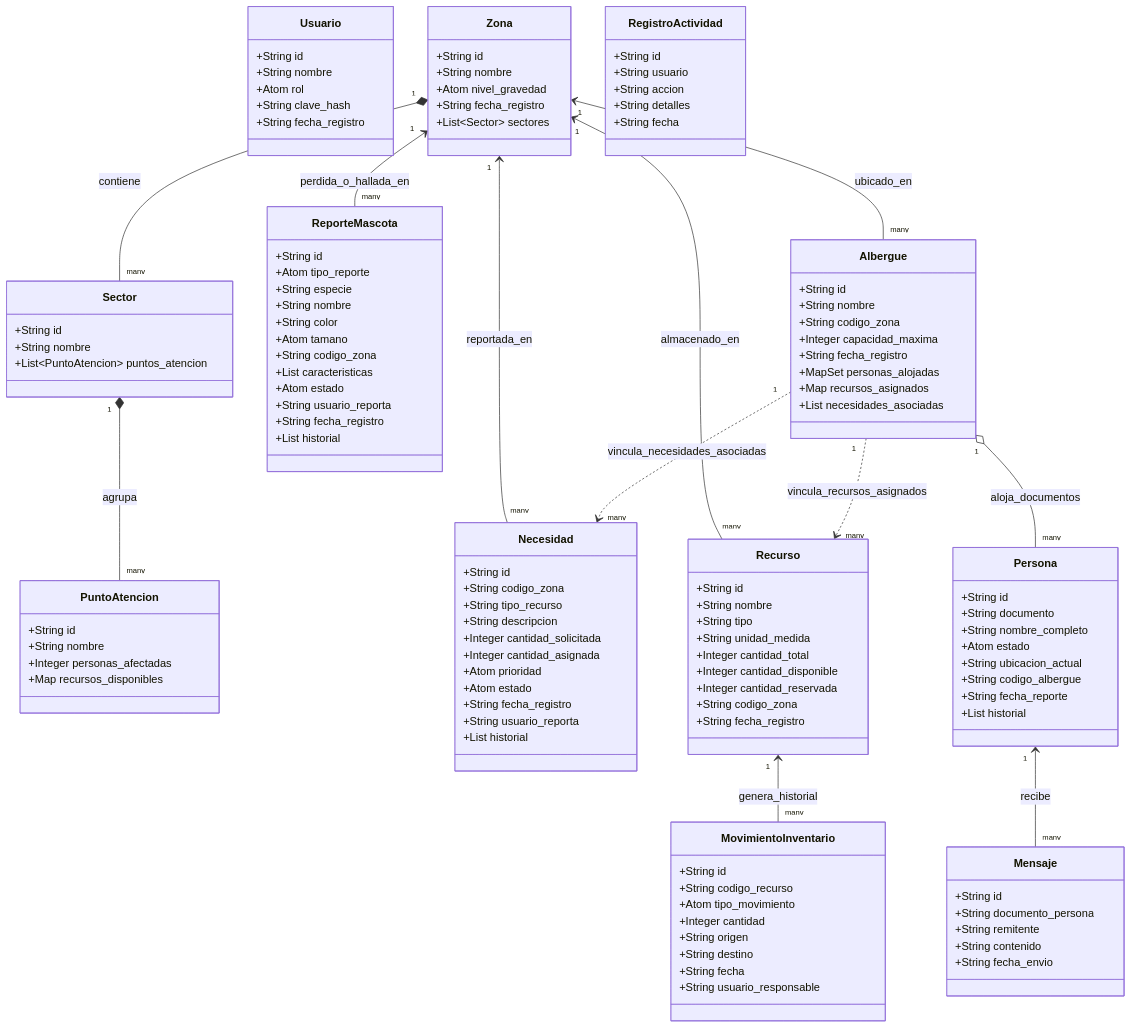
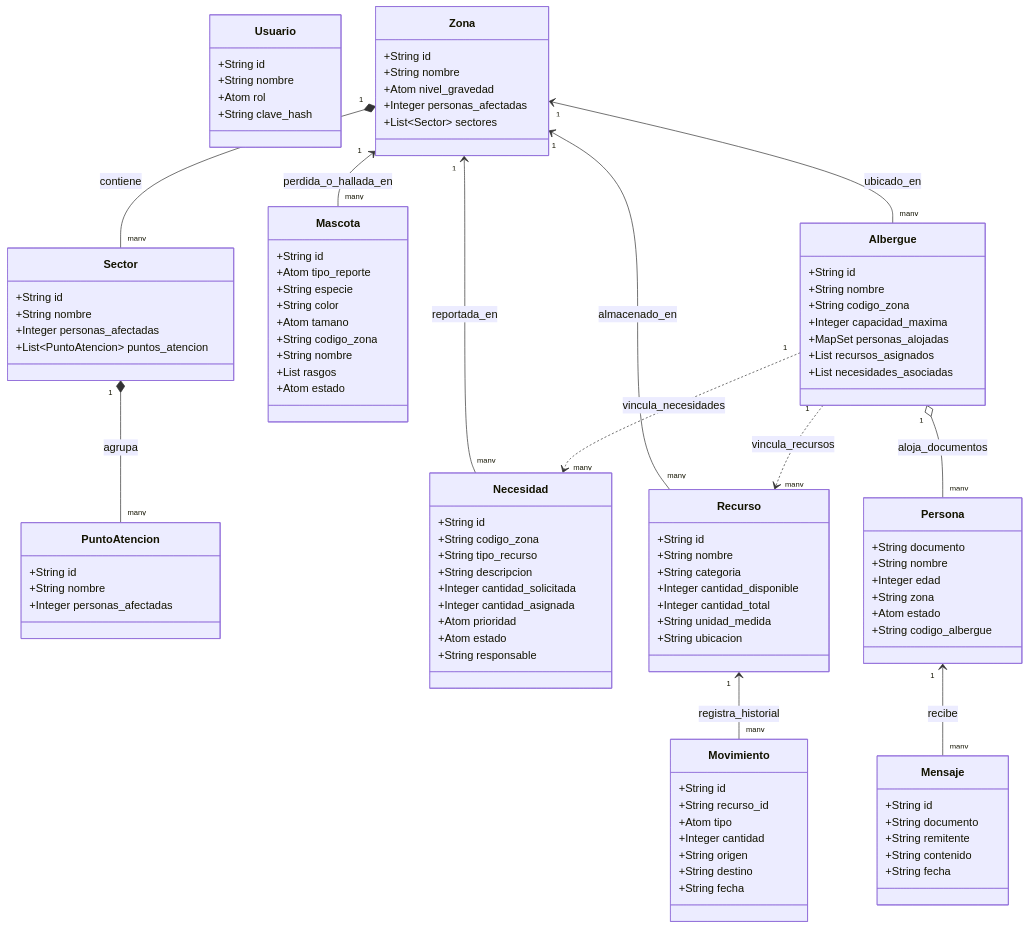
Before and after one commit to nicolas1710-rgb/PROYECTO-FINAL--PROGRAMACION-III: the diagram in docs/diagramas/modelo_datos.mmd, drawn with Mermaid. The commit also changed 127 other files, not shown here.

```diff
--- a/docs/diagramas/modelo_datos.mmd
+++ b/docs/diagramas/modelo_datos.mmd
@@ -1,134 +1,114 @@
 classDiagram
     %% MODELO DE DATOS Y RELACIONES DEL SISTEMA DE EMERGENCIAS
 
     class Usuario {
         +String id
         +String nombre
         +Atom rol
         +String clave_hash
-        +String fecha_registro
     }
 
     class Zona {
         +String id
         +String nombre
         +Atom nivel_gravedad
-        +String fecha_registro
+        +Integer personas_afectadas
         +List~Sector~ sectores
     }
 
     class Sector {
         +String id
         +String nombre
+        +Integer personas_afectadas
         +List~PuntoAtencion~ puntos_atencion
     }
 
     class PuntoAtencion {
         +String id
         +String nombre
         +Integer personas_afectadas
-        +Map recursos_disponibles
     }
 
     class Necesidad {
         +String id
         +String codigo_zona
         +String tipo_recurso
         +String descripcion
         +Integer cantidad_solicitada
         +Integer cantidad_asignada
         +Atom prioridad
         +Atom estado
-        +String fecha_registro
-        +String usuario_reporta
-        +List historial
+        +String responsable
     }
 
     class Recurso {
         +String id
         +String nombre
-        +String tipo
+        +String categoria
+        +Integer cantidad_disponible
+        +Integer cantidad_total
         +String unidad_medida
-        +Integer cantidad_total
-        +Integer cantidad_disponible
-        +Integer cantidad_reservada
-        +String codigo_zona
-        +String fecha_registro
+        +String ubicacion
     }
 
-    class MovimientoInventario {
+    class Movimiento {
         +String id
-        +String codigo_recurso
-        +Atom tipo_movimiento
+        +String recurso_id
+        +Atom tipo
         +Integer cantidad
         +String origen
         +String destino
         +String fecha
-        +String usuario_responsable
     }
 
     class Persona {
-        +String id
         +String documento
-        +String nombre_completo
+        +String nombre
+        +Integer edad
+        +String zona
         +Atom estado
-        +String ubicacion_actual
         +String codigo_albergue
-        +String fecha_reporte
-        +List historial
     }
 
     class Mensaje {
         +String id
-        +String documento_persona
+        +String documento
         +String remitente
         +String contenido
-        +String fecha_envio
+        +String fecha
     }
 
-    class ReporteMascota {
+    class Mascota {
         +String id
         +Atom tipo_reporte
         +String especie
-        +String nombre
         +String color
         +Atom tamano
         +String codigo_zona
-        +List caracteristicas
+        +String nombre
+        +List rasgos
         +Atom estado
-        +String usuario_reporta
-        +String fecha_registro
-        +List historial
     }
 
     class Albergue {
         +String id
         +String nombre
         +String codigo_zona
         +Integer capacidad_maxima
-        +String fecha_registro
         +MapSet personas_alojadas
-        +Map recursos_asignados
+        +List recursos_asignados
         +List necesidades_asociadas
     }
 
-    class RegistroActividad {
-        +String id
-        +String usuario
-        +String accion
-        +String detalles
-        +String fecha
-    }
-
-    %% Jerarquía y Relaciones
+    %% Jerarquia y Relaciones
     Zona "1" *-- "many" Sector : contiene
     Sector "1" *-- "many" PuntoAtencion : agrupa
     Zona "1" <-- "many" Necesidad : reportada_en
     Zona "1" <-- "many" Recurso : almacenado_en
-    Recurso "1" <-- "many" MovimientoInventario : genera_historial
+    Recurso "1" <-- "many" Movimiento : registra_historial
     Persona "1" <-- "many" Mensaje : recibe
     Zona "1" <-- "many" Albergue : ubicado_en
     Albergue "1" o-- "many" Persona : aloja_documentos
-    Albergue "1" ..> "many" Recurso : vincula_recursos_asignados
-    Albergue "1" ..> "many" Necesidad : vincula_necesidades_asociadas
-    Zona "1" <-- "many" ReporteMascota : perdida_o_hallada_en
+    Albergue "1" ..> "many" Recurso : vincula_recursos
+    Albergue "1" ..> "many" Necesidad : vincula_necesidades
+    Zona "1" <-- "many" Mascota : perdida_o_hallada_en
```
